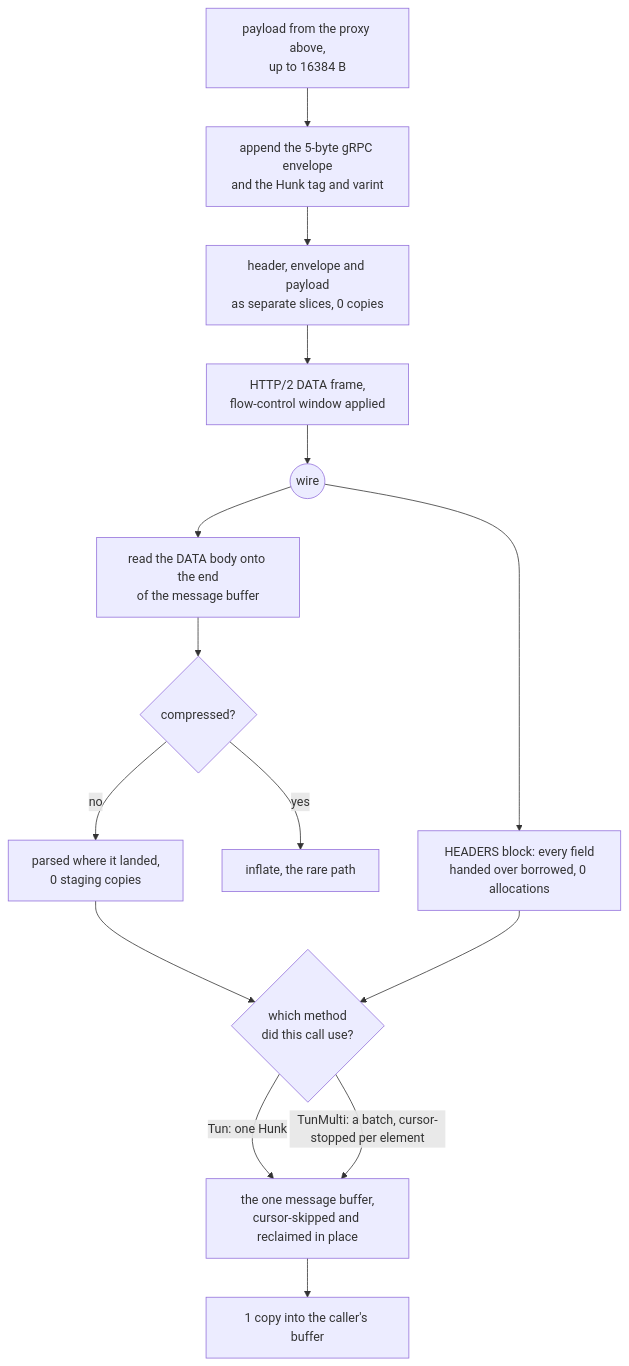
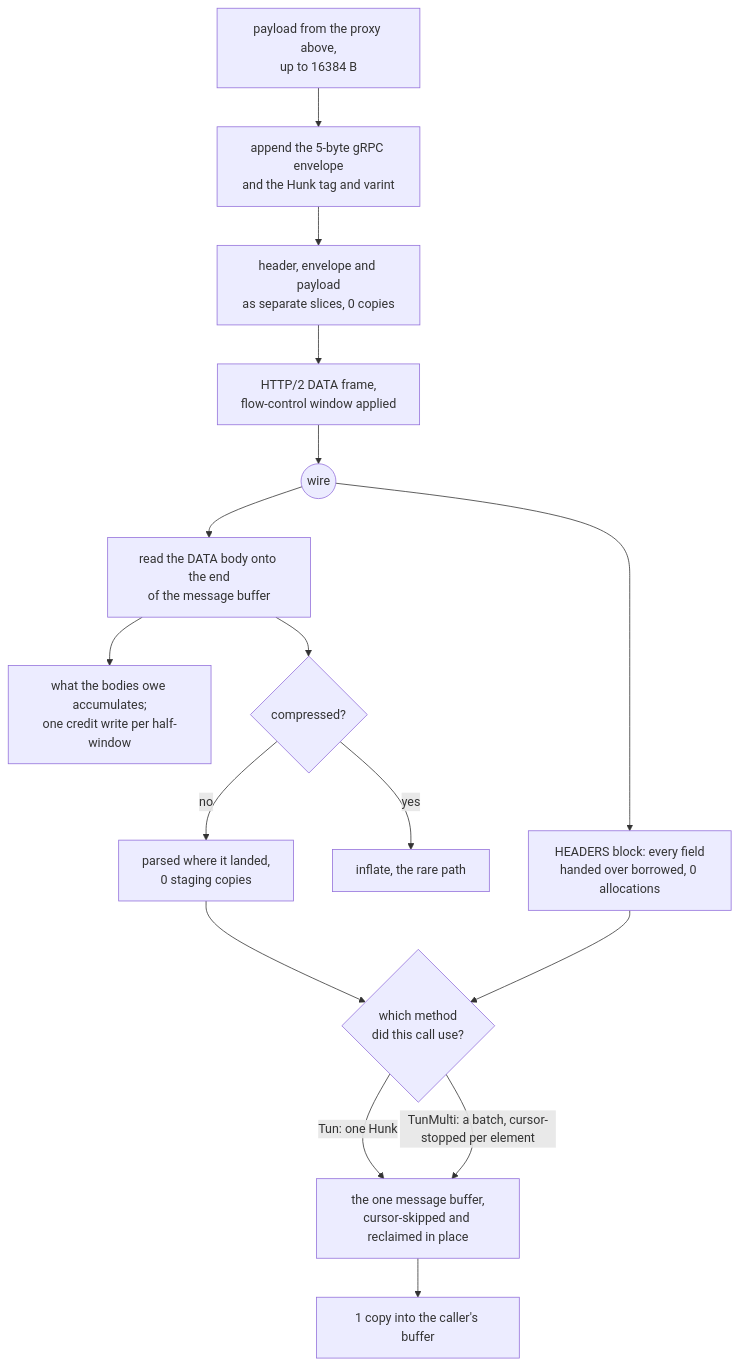
The diagram in docs/function/carrier-grpc.md (Ferrocite/ferrox), drawn with Mermaid before and after one commit. The commit also changed other lines of this file and 2 other files, not shown here.

First line of the commit message:
grpc: pay one credit for a window of bodies, not one per frame

````diff
--- a/docs/function/carrier-grpc.md
+++ b/docs/function/carrier-grpc.md
@@ -53,17 +56,18 @@
 ```mermaid
 graph TD
     A["payload from the proxy above,<br/>up to 16384 B"] --> B["append the 5-byte gRPC envelope<br/>and the Hunk tag and varint"]
     B --> C["header, envelope and payload<br/>as separate slices, 0 copies"]
     C --> D["HTTP/2 DATA frame,<br/>flow-control window applied"]
     D --> E(("wire"))
     E --> F["read the DATA body onto the end<br/>of the message buffer"]
     E --> L["HEADERS block: every field<br/>handed over borrowed, 0 allocations"]
+    F --> N["what the bodies owe accumulates;<br/>one credit write per half-window"]
     F --> G{"compressed?"}
     G -- no --> H["parsed where it landed,<br/>0 staging copies"]
     G -- yes --> I["inflate, the rare path"]
     H --> M{"which method<br/>did this call use?"}
     L --> M
     M -- "Tun: one Hunk" --> J
     M -- "TunMulti: a batch, cursor-stopped per element" --> J["the one message buffer,<br/>cursor-skipped and reclaimed in place"]
     J --> K["1 copy into the caller's buffer"]
 ```
````
